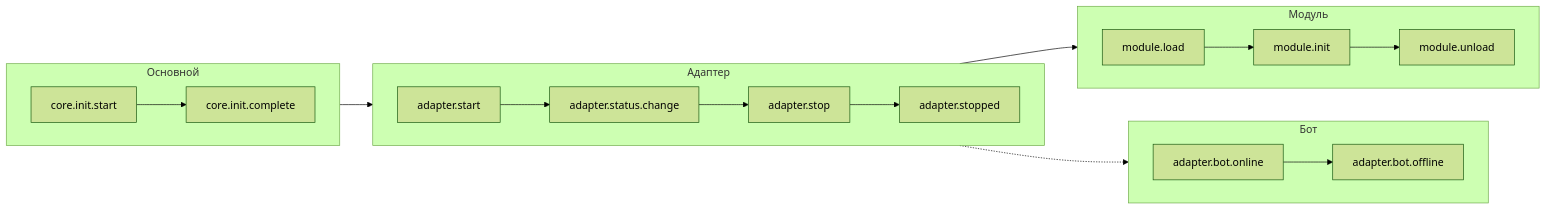
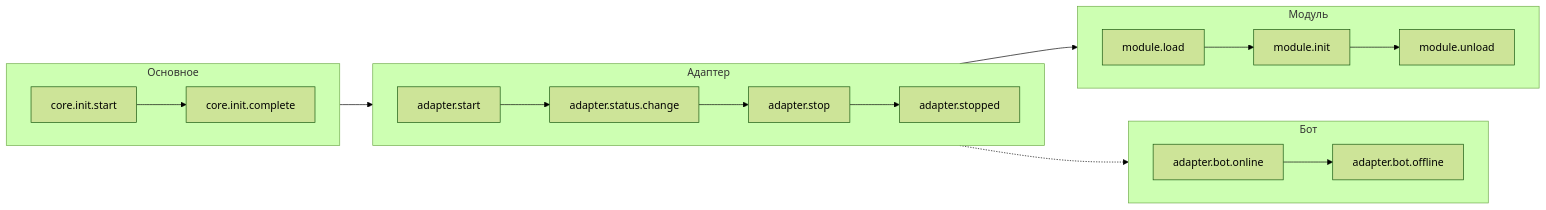
The fifth of 10 diagrams in docs/ru/architecture.md (ErisPulse/ErisPulse), drawn with Mermaid (forest theme) before and after one commit. The commit also changed other lines of this file and 828 other files, not shown here.

````diff
--- a/docs/ru/architecture.md
+++ b/docs/ru/architecture.md
@@ -161,26 +165,26 @@
 ```mermaid
 flowchart LR
-    subgraph Core["Основной"]
+    subgraph Core["Основное"]
         direction LR
         C1["core.init.start"] --> C2["core.init.complete"]
     end
 
     subgraph AdapterLife["Адаптер"]
         direction LR
         A1["adapter.start"] --> A2["adapter.status.change"] --> A3["adapter.stop"] --> A4["adapter.stopped"]
     end
 
     subgraph ModuleLife["Модуль"]
         direction LR
         M1["module.load"] --> M2["module.init"] --> M3["module.unload"]
     end
 
     subgraph BotLife["Бот"]
         direction LR
         B1["adapter.bot.online"] --> B2["adapter.bot.offline"]
     end
 
     Core --> AdapterLife
     AdapterLife --> ModuleLife
     AdapterLife -.-> BotLife
 ```
````
